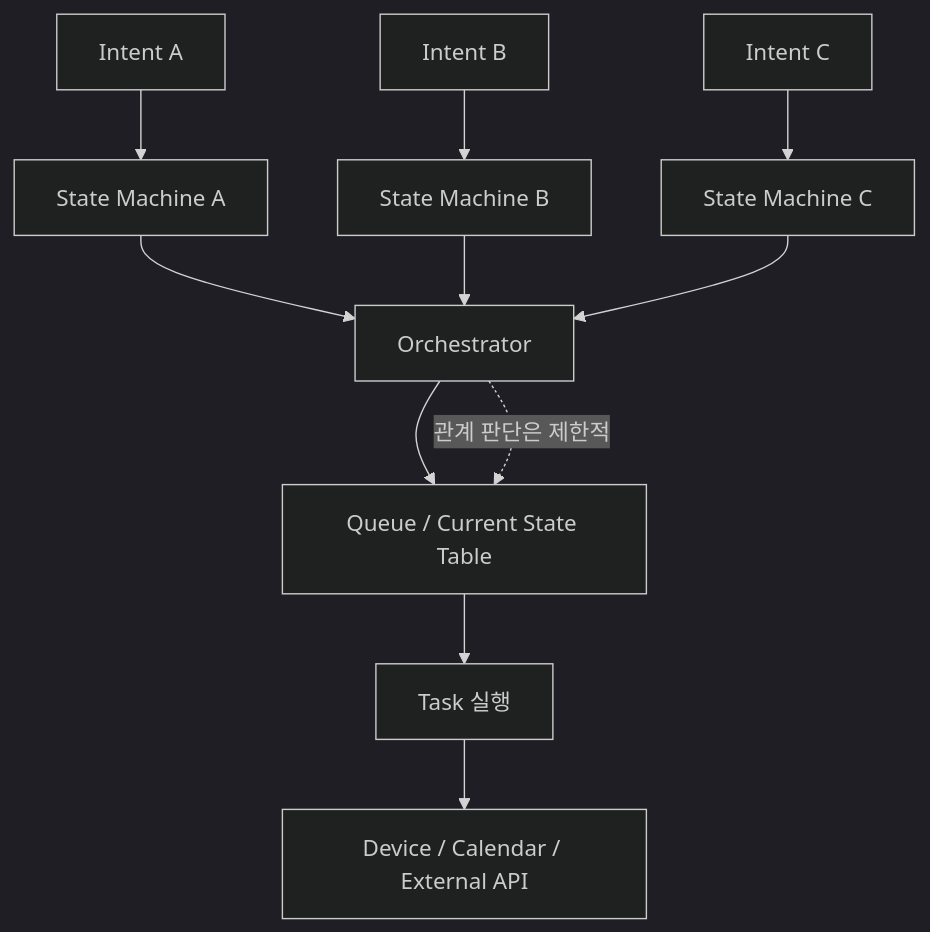
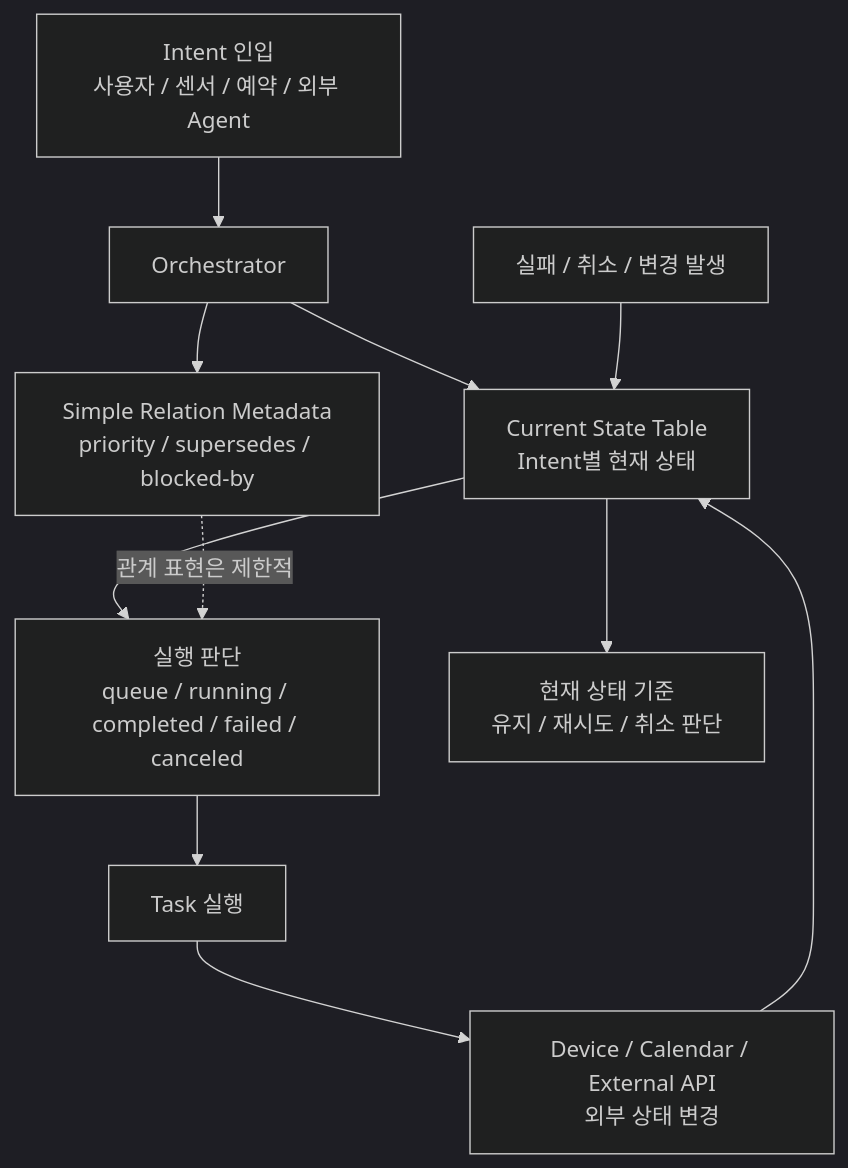
The first of 2 diagrams in docs/DP 후보안/DP11-Intent 실행 흐름의 상태 모델링 및 변경·복구 범위 관리 방식.md (Sunwoo-Nam/architect-teamproject), drawn with Mermaid (dark theme) before and after one commit. The commit also changed other lines of this file and 1 other file, not shown here.

Commit message:
Refine DP11 intent state modeling and reference docs

````diff
--- a/docs/DP 후보안/DP11-Intent 실행 흐름의 상태 모델링 및 변경·복구 범위 관리 방식.md
+++ b/docs/DP 후보안/DP11-Intent 실행 흐름의 상태 모델링 및 변경·복구 범위 관리 방식.md
@@ -39,16 +39,17 @@
 ```mermaid
 flowchart TB
-    I1["Intent A"] --> S1["State Machine A"]
-    I2["Intent B"] --> S2["State Machine B"]
-    I3["Intent C"] --> S3["State Machine C"]
+    I["Intent 인입<br/>사용자 / 센서 / 예약 / 외부 Agent"] --> O["Orchestrator"]
 
-    S1 --> O["Orchestrator"]
-    S2 --> O
-    S3 --> O
+    O --> ST["Current State Table<br/>Intent별 현재 상태"]
+    O --> RM["Simple Relation Metadata<br/>priority / supersedes / blocked-by"]
 
-    O --> Q["Queue / Current State Table"]
-    Q --> T["Task 실행"]
-    T --> R["Device / Calendar / External API"]
+    ST --> D["실행 판단<br/>queue / running / completed / failed / canceled"]
+    RM -. "관계 표현은 제한적" .-> D
 
-    O -. "관계 판단은 제한적" .-> Q
+    D --> T["Task 실행"]
+    T --> E["Device / Calendar / External API<br/>외부 상태 변경"]
+
+    E --> ST
+    F["실패 / 취소 / 변경 발생"] --> ST
+    ST --> R["현재 상태 기준<br/>유지 / 재시도 / 취소 판단"]
 ```
````
